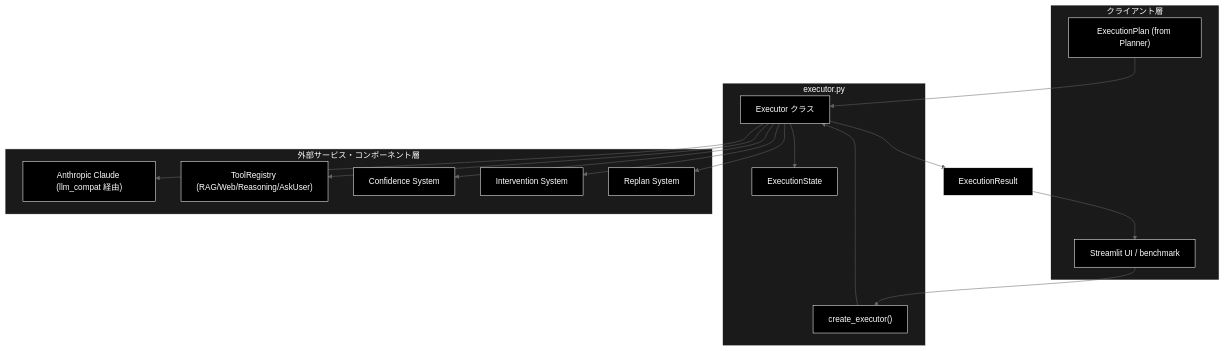
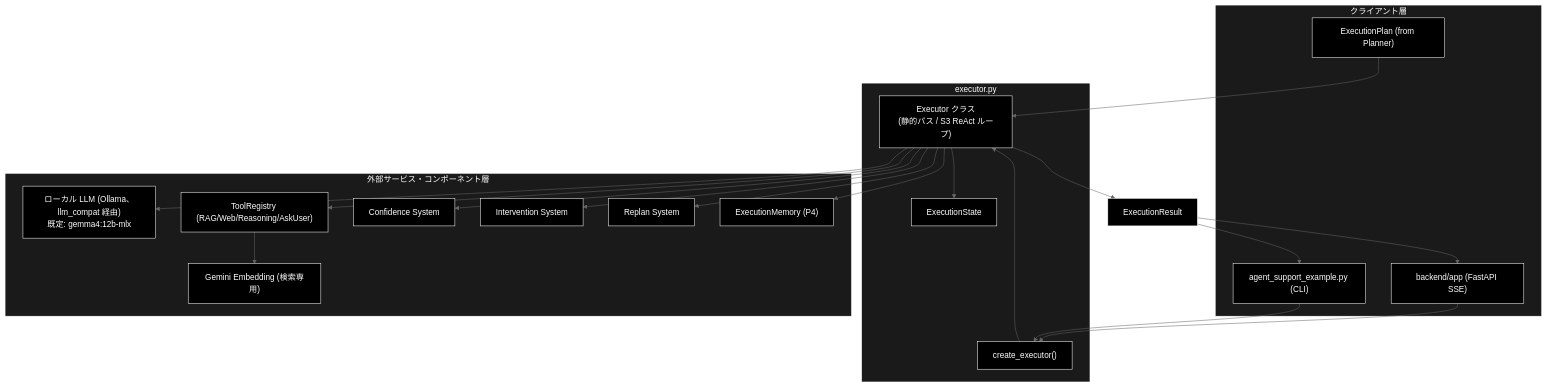
One commit to nakashima2toshio/grace_v2_local changed the first of 6 diagrams in grace/docs/executor.md. Above: the diagram before and after it, drawn with Mermaid (neutral theme). The commit also changed other lines of this file, not shown here.

First line of the commit message:
docs(grace): executor.md を実装(v5.0・ReActループ含む)に追いつかせる

````diff
--- a/grace/docs/executor.md
+++ b/grace/docs/executor.md
@@ -120,39 +149,46 @@
 ```mermaid
 flowchart TB
     subgraph CLIENT["クライアント層"]
         PLAN["ExecutionPlan (from Planner)"]
-        UI["Streamlit UI / benchmark"]
+        WEBAPI["backend/app (FastAPI SSE)"]
+        CLI["agent_support_example.py (CLI)"]
     end
 
     subgraph MODULE["executor.py"]
         STATE["ExecutionState"]
-        EXEC["Executor クラス"]
+        EXEC["Executor クラス<br>(静的パス / S3 ReAct ループ)"]
         FACTORY["create_executor()"]
     end
 
     subgraph EXTERNAL["外部サービス・コンポーネント層"]
-        LLM["Anthropic Claude (llm_compat 経由)"]
+        LLM["ローカル LLM (Ollama、llm_compat 経由)<br>既定: gemma4:12b-mlx"]
+        EMB["Gemini Embedding (検索専用)"]
         TOOLS["ToolRegistry (RAG/Web/Reasoning/AskUser)"]
         CONF["Confidence System"]
         INTV["Intervention System"]
         REPLAN["Replan System"]
+        MEM["ExecutionMemory (P4)"]
     end
 
     PLAN --> EXEC
-    UI --> FACTORY
+    WEBAPI --> FACTORY
+    CLI --> FACTORY
     FACTORY --> EXEC
     EXEC --> STATE
     EXEC --> LLM
+    TOOLS --> EMB
     EXEC --> TOOLS
     EXEC --> CONF
     EXEC --> INTV
     EXEC --> REPLAN
+    EXEC --> MEM
     EXEC --> RESULT["ExecutionResult"]
-    RESULT --> UI
+    RESULT --> WEBAPI
+    RESULT --> CLI
 classDef default fill:#000,stroke:#fff,color:#fff
 classDef subgraphStyle fill:#1a1a1a,stroke:#fff,color:#fff
-class PLAN,UI,STATE,EXEC,FACTORY,LLM,TOOLS,CONF,INTV,REPLAN,RESULT default
+class PLAN,WEBAPI,CLI,STATE,EXEC,FACTORY,LLM,EMB,TOOLS,CONF,INTV,REPLAN,MEM,RESULT default
 style CLIENT fill:#1a1a1a,stroke:#fff,color:#fff
 style MODULE fill:#1a1a1a,stroke:#fff,color:#fff
 style EXTERNAL fill:#1a1a1a,stroke:#fff,color:#fff
 ```
````
